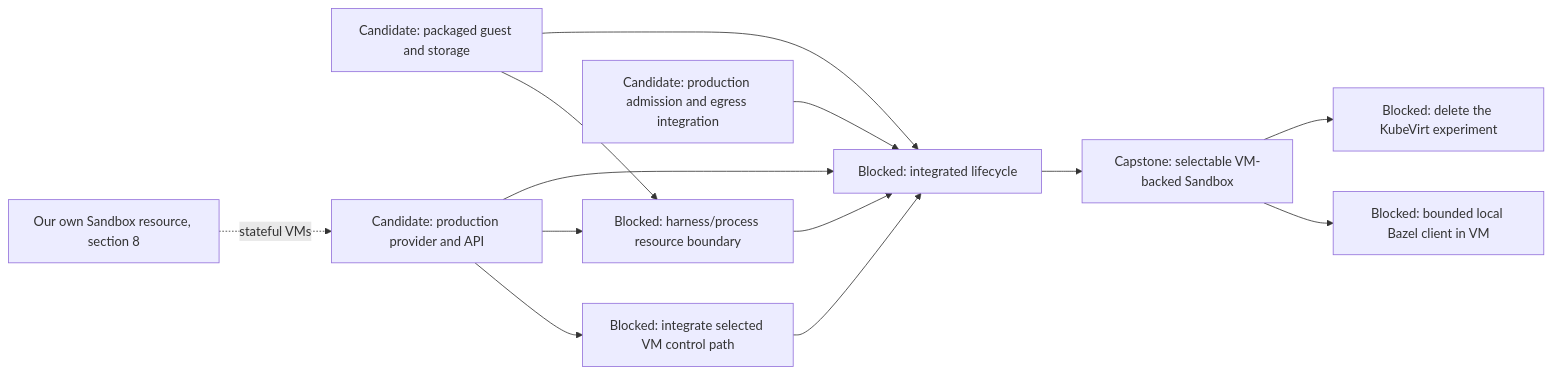
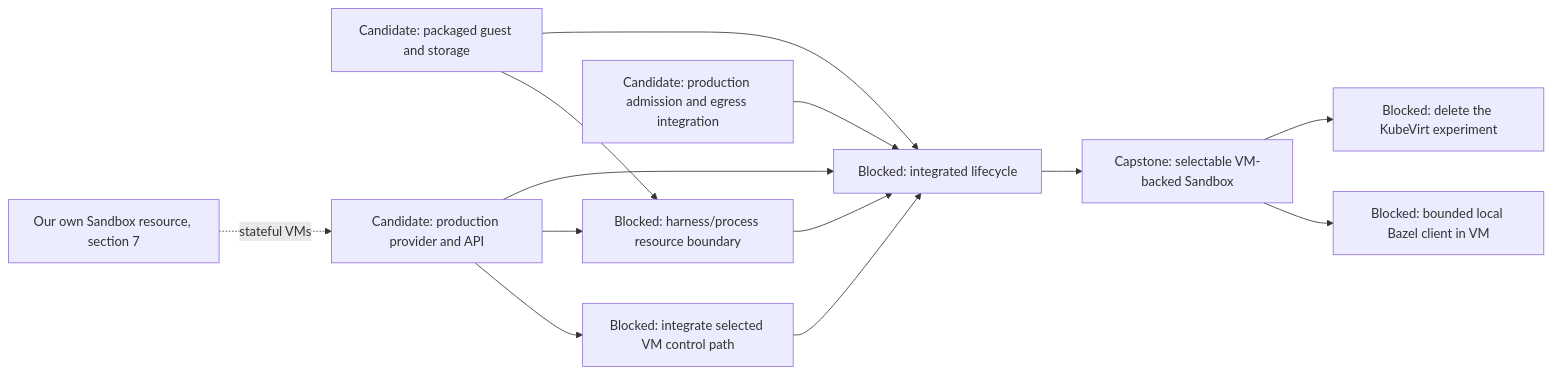
One commit to agentydragon-agent/ducktape changed the sixth of 14 diagrams in agentplane/plans/task_dag.md. Above: the diagram before and after it, drawn with Mermaid. The commit also changed other lines of this file and 9 other files, not shown here.

````diff
--- a/agentplane/plans/task_dag.md
+++ b/agentplane/plans/task_dag.md
@@ -335,22 +334,22 @@
 ```mermaid
 flowchart LR
     VM_CONTROL_NETWORKING[Blocked: integrate selected VM control path]
     VM_IMAGE[Candidate: packaged guest and storage]
     VM_PROVIDER[Candidate: production provider and API]
-    AGENTPLANE_SANDBOX_RESOURCE[Our own Sandbox resource, section 8]
+    AGENTPLANE_SANDBOX_RESOURCE[Our own Sandbox resource, section 7]
     VM_EGRESS[Candidate: production admission and egress integration]
     VM_PROCESS_ISOLATION[Blocked: harness/process resource boundary]
     VM_LIFECYCLE[Blocked: integrated lifecycle]
     VM_PROVIDER --> VM_CONTROL_NETWORKING
     AGENTPLANE_SANDBOX_RESOURCE -. stateful VMs .-> VM_PROVIDER
     VM_CONTROL_NETWORKING --> VM_LIFECYCLE
     VM_IMAGE --> VM_PROCESS_ISOLATION
     VM_PROVIDER --> VM_PROCESS_ISOLATION
     VM_IMAGE --> VM_LIFECYCLE
     VM_PROVIDER --> VM_LIFECYCLE
     VM_EGRESS --> VM_LIFECYCLE
     VM_PROCESS_ISOLATION --> VM_LIFECYCLE
     VM_LIFECYCLE --> SANDBOX_VM_ISOLATION[Capstone: selectable VM-backed Sandbox]
     SANDBOX_VM_ISOLATION --> LOCAL_BAZEL[Blocked: bounded local Bazel client in VM]
     SANDBOX_VM_ISOLATION --> KUBEVIRT_EXPERIMENT_RETIRE[Blocked: delete the KubeVirt experiment]
 ```
````
